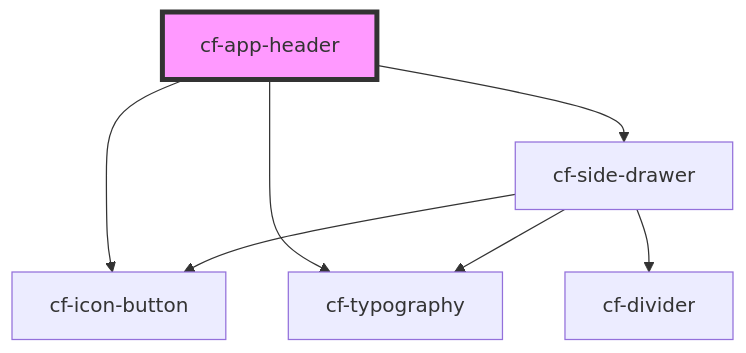
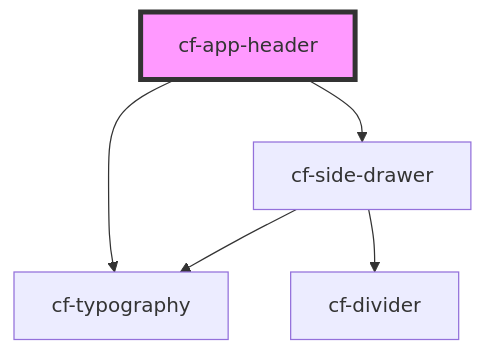
One commit to DriLLFreAK100/codefee-component changed the diagram in src/components/cf-app-header/readme.md. Above: the diagram before and after it, drawn with Mermaid. The commit also changed other lines of this file and 9 other files, not shown here.

Commit message:
feat(app-header): decouple from icon-button

````diff
--- a/src/components/cf-app-header/readme.md
+++ b/src/components/cf-app-header/readme.md
@@ -34,10 +33,8 @@
 ```mermaid
 graph TD;
-  cf-app-header --> cf-icon-button
   cf-app-header --> cf-typography
   cf-app-header --> cf-side-drawer
   cf-side-drawer --> cf-typography
-  cf-side-drawer --> cf-icon-button
   cf-side-drawer --> cf-divider
   style cf-app-header fill:#f9f,stroke:#333,stroke-width:4px
 ```
````
